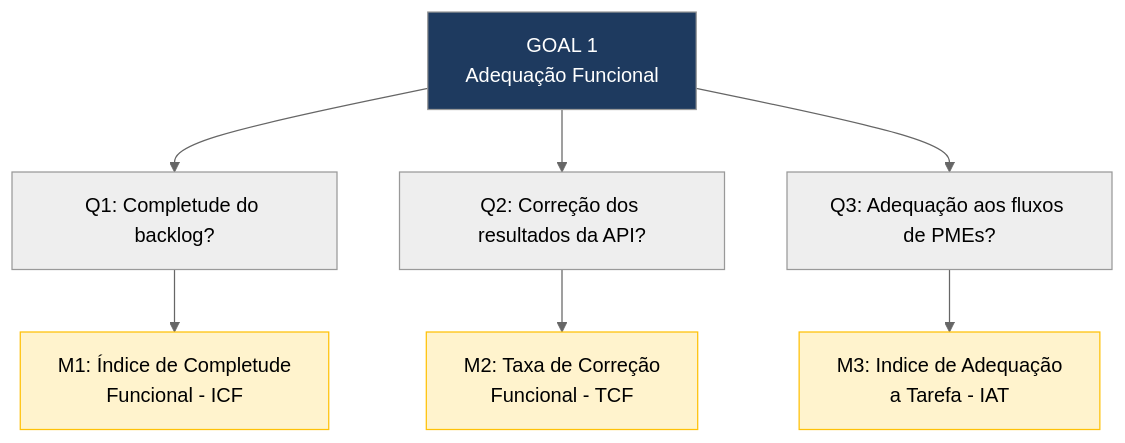
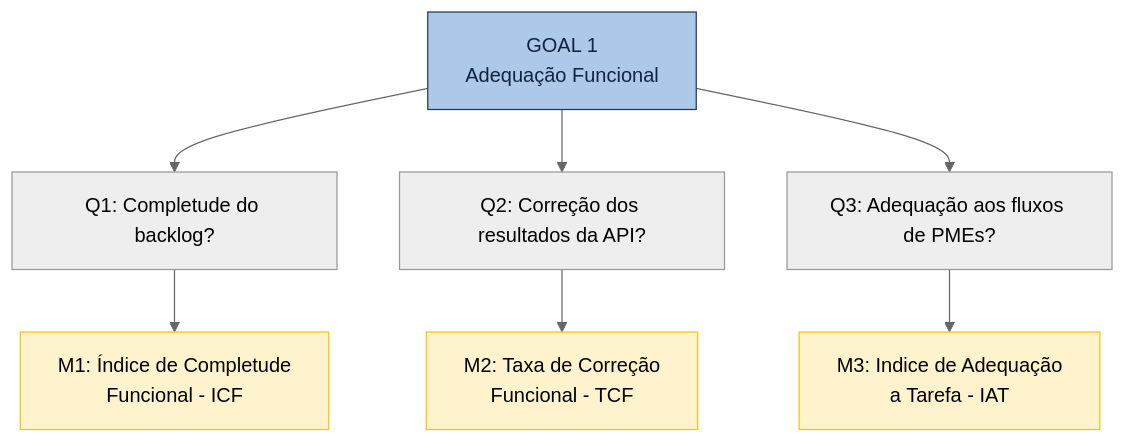
Before and after one commit to FCTE-Qualidade-de-Software-1/2026-1_T01_FRANS_BILAS: the diagram in docs/fase2/adequacao_funcional.md, drawn with Mermaid (neutral theme). The commit also changed 4 other files, not shown here.

Commit message:
feat: Recolore/refatora  os diagramas das fases 1 e 2

````diff
--- a/docs/fase2/adequacao_funcional.md
+++ b/docs/fase2/adequacao_funcional.md
@@ -27,15 +27,15 @@
 ```mermaid
 graph TD
     G1["GOAL 1<br>Adequação Funcional"]
     G1 --> Q1["Q1: Completude do backlog?"]
     G1 --> Q2["Q2: Correção dos resultados da API?"]
     G1 --> Q3["Q3: Adequação aos fluxos de PMEs?"]
     Q1 --> M1["M1: Índice de Completude<br>Funcional - ICF"]
     Q2 --> M2["M2: Taxa de Correção<br>Funcional - TCF"]
     Q3 --> M3["M3: Indice de Adequação<br>a Tarefa - IAT"]
 
-    style G1 fill:#1E3A5F,color:#fff
+    style G1 fill:#AEC9E8,stroke:#1E3A5F,color:#10243F
     style M1 fill:#fff3cd,stroke:#ffc107
     style M2 fill:#fff3cd,stroke:#ffc107
     style M3 fill:#fff3cd,stroke:#ffc107
 ```
````
